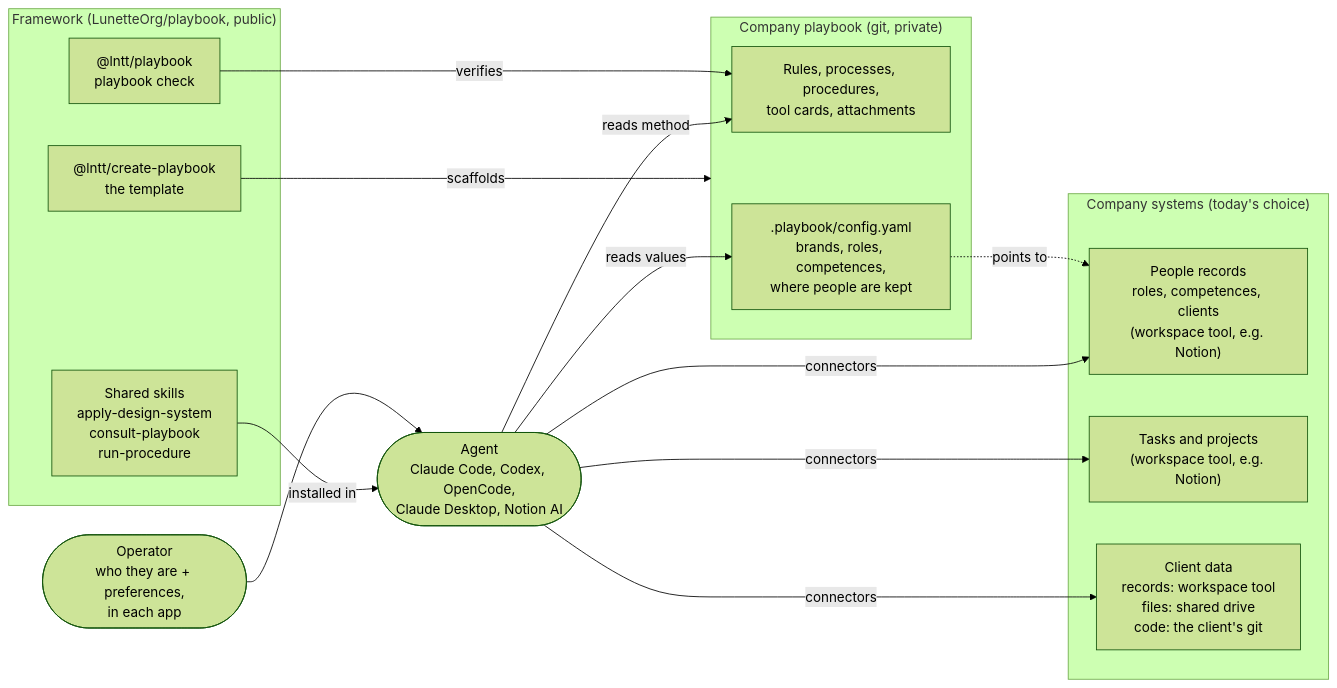
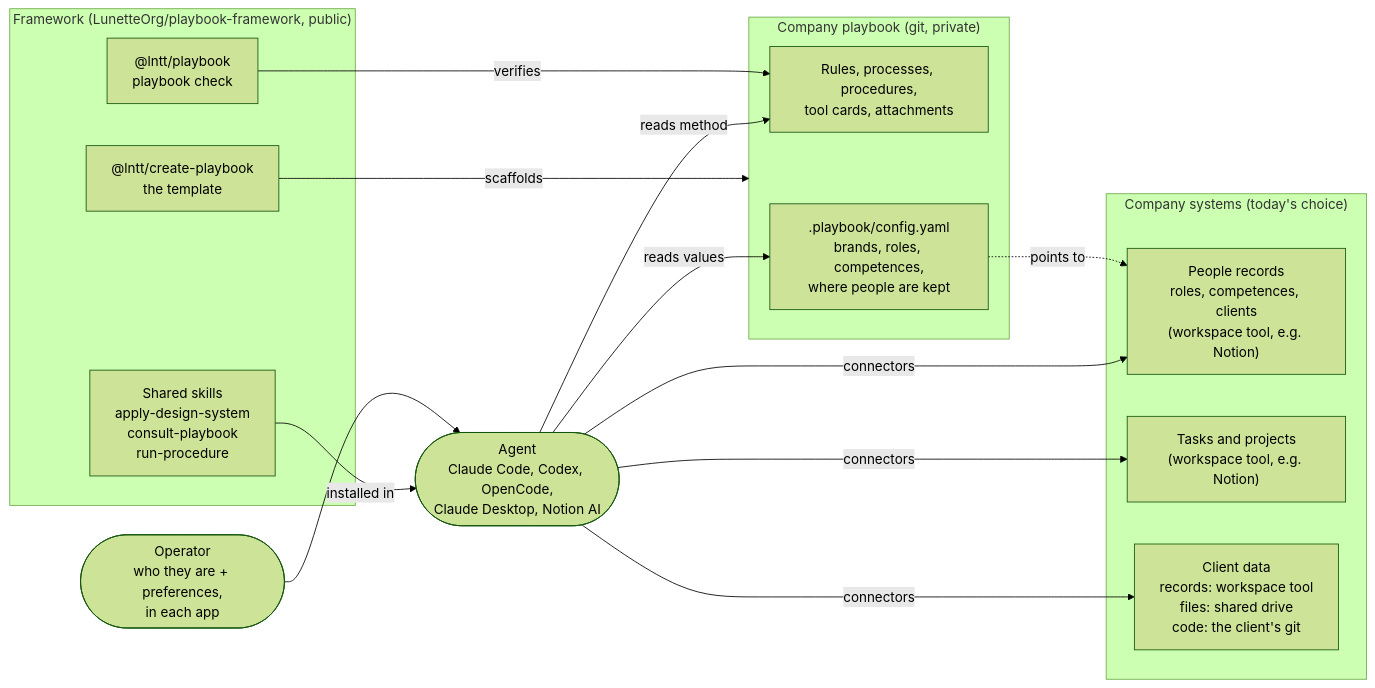
Before and after one commit to LunetteOrg/playbook-framework: the first of 2 diagrams in docs/architecture.md, drawn with Mermaid (forest theme). The commit also changed other lines of this file and 7 other files, not shown here.

First line of the commit message:
chore: rename the repository to playbook-framework (#27)

````diff
--- a/docs/architecture.md
+++ b/docs/architecture.md
@@ -7,33 +7,33 @@
 ```mermaid
 flowchart LR
-  subgraph framework["Framework (LunetteOrg/playbook, public)"]
+  subgraph framework["Framework (LunetteOrg/playbook-framework, public)"]
     skills["Shared skills<br/>apply-design-system<br/>consult-playbook<br/>run-procedure"]
     check["@lntt/playbook<br/>playbook check"]
     create["@lntt/create-playbook<br/>the template"]
   end
 
   subgraph playbook["Company playbook (git, private)"]
     entries["Rules, processes, procedures,<br/>tool cards, attachments"]
     config[".playbook/config.yaml<br/>brands, roles, competences,<br/>where people are kept"]
   end
 
   subgraph systems["Company systems (today's choice)"]
     people["People records<br/>roles, competences, clients<br/>(workspace tool, e.g. Notion)"]
     tasks["Tasks and projects<br/>(workspace tool, e.g. Notion)"]
     clients["Client data<br/>records: workspace tool<br/>files: shared drive<br/>code: the client's git"]
   end
 
   operator(["Operator<br/>who they are + preferences,<br/>in each app"])
   agent(["Agent<br/>Claude Code, Codex, OpenCode,<br/>Claude Desktop, Notion AI"])
 
   create -->|scaffolds| playbook
   check -->|verifies| entries
   operator --> agent
   skills -->|installed in| agent
   agent -->|reads method| entries
   agent -->|reads values| config
   config -.->|points to| people
   agent -->|connectors| people
   agent -->|connectors| tasks
   agent -->|connectors| clients
 ```
````
